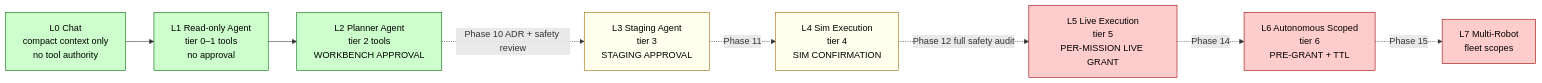
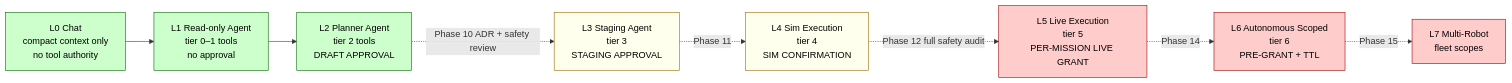
Before and after one commit to vardan6/uxv-agent: the tenth of 11 diagrams in docs/components/ai-agent/internals/graph-spec.md, drawn with Mermaid. The commit also changed other lines of this file and 57 other files, not shown here.

````diff
--- a/docs/components/ai-agent/internals/graph-spec.md
+++ b/docs/components/ai-agent/internals/graph-spec.md
@@ -549,25 +549,25 @@
 ```mermaid
 flowchart LR
     L0[L0 Chat<br/>compact context only<br/>no tool authority]
     L1[L1 Read-only Agent<br/>tier 0–1 tools<br/>no approval]
-    L2[L2 Planner Agent<br/>tier 2 tools<br/>WORKBENCH APPROVAL]
+    L2[L2 Planner Agent<br/>tier 2 tools<br/>DRAFT APPROVAL]
     L3[L3 Staging Agent<br/>tier 3<br/>STAGING APPROVAL]
     L4[L4 Sim Execution<br/>tier 4<br/>SIM CONFIRMATION]
     L5[L5 Live Execution<br/>tier 5<br/>PER-MISSION LIVE GRANT]
     L6[L6 Autonomous Scoped<br/>tier 6<br/>PRE-GRANT + TTL]
     L7[L7 Multi-Robot<br/>fleet scopes]
 
     L0 --> L1 --> L2
     L2 -. Phase 10 ADR + safety review .-> L3
     L3 -. Phase 11 .-> L4
     L4 -. Phase 12 full safety audit .-> L5
     L5 -. Phase 14 .-> L6
     L6 -. Phase 15 .-> L7
 
     classDef now fill:#cfc,stroke:#060,color:#000
     classDef soon fill:#ffe,stroke:#960,color:#000
     classDef gated fill:#fcc,stroke:#900,color:#000
     class L0,L1,L2 now
     class L3,L4 soon
     class L5,L6,L7 gated
 ```
````
